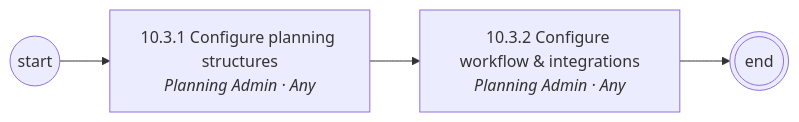
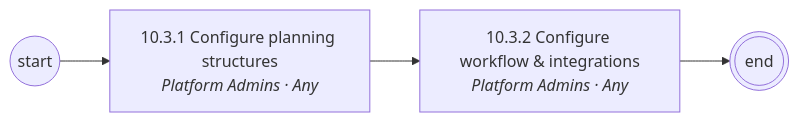
Before and after one commit to corbyjames/apptio-process-catalog: the fourth of 8 diagrams in diagrams/mermaid/area-10.md, drawn with Mermaid. The commit also changed other lines of this file and 251 other files, not shown here.

````diff
--- a/diagrams/mermaid/area-10.md
+++ b/diagrams/mermaid/area-10.md
@@ -59,9 +59,9 @@
 ```mermaid
 flowchart LR
   S((start))
-  N10_3_1["10.3.1 Configure planning structures<br/><i>Planning Admin · Any</i>"]
+  N10_3_1["10.3.1 Configure planning structures<br/><i>Platform Admins · Any</i>"]
   S --> N10_3_1
-  N10_3_2["10.3.2 Configure workflow & integrations<br/><i>Planning Admin · Any</i>"]
+  N10_3_2["10.3.2 Configure workflow & integrations<br/><i>Platform Admins · Any</i>"]
   N10_3_1 --> N10_3_2
   N10_3_2 --> E(((end)))
 ```
````
